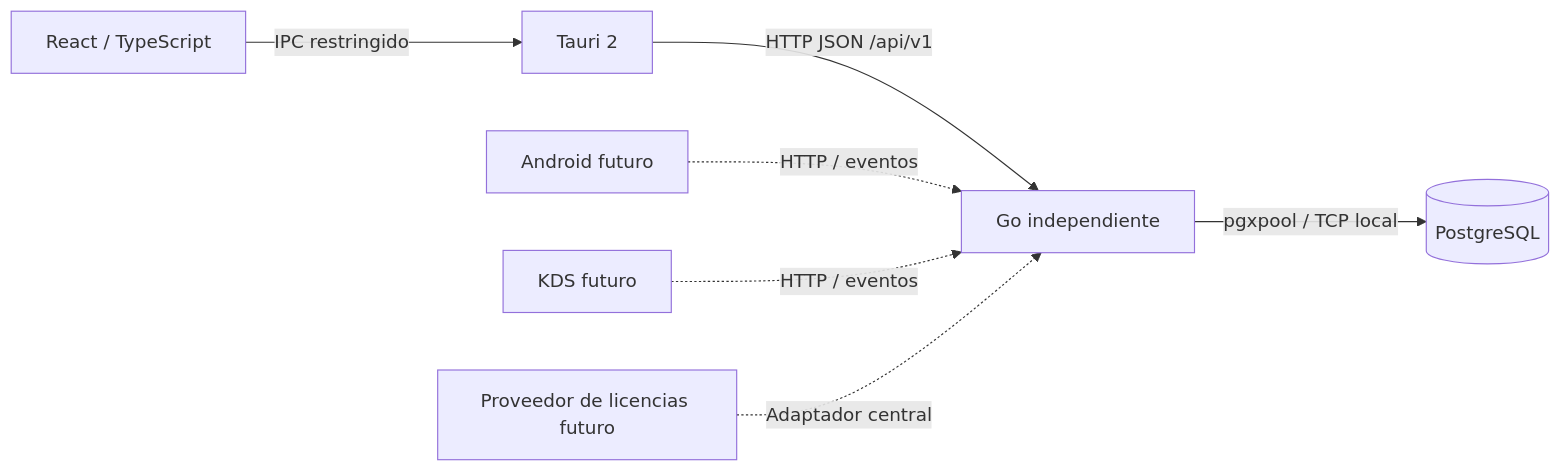
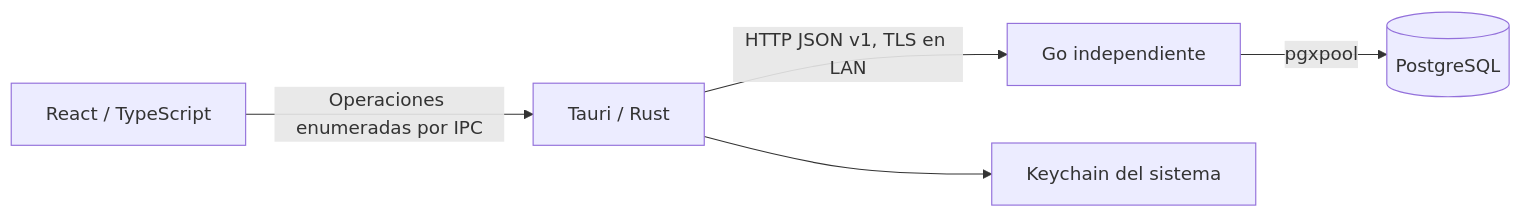
Before and after one commit to eliver-perez/adelpos: the diagram in ARCHITECTURE.md, drawn with Mermaid. The commit also changed other lines of this file and 91 other files, not shown here.

````diff
--- a/ARCHITECTURE.md
+++ b/ARCHITECTURE.md
@@ -5,9 +5,7 @@
 ```mermaid
 flowchart LR
-    R[React / TypeScript] -->|IPC restringido| T[Tauri 2]
-    T -->|HTTP JSON /api/v1| G[Go independiente]
-    G -->|pgxpool / TCP local| P[(PostgreSQL)]
-    A[Android futuro] -. HTTP / eventos .-> G
-    K[KDS futuro] -. HTTP / eventos .-> G
-    L[Proveedor de licencias futuro] -. Adaptador central .-> G
+    R[React / TypeScript] -->|Operaciones enumeradas por IPC| T[Tauri / Rust]
+    T -->|HTTP JSON v1, TLS en LAN| G[Go independiente]
+    T --> K[Keychain del sistema]
+    G -->|pgxpool| P[(PostgreSQL)]
 ```
````
